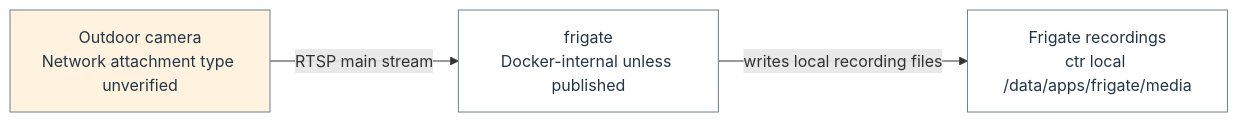
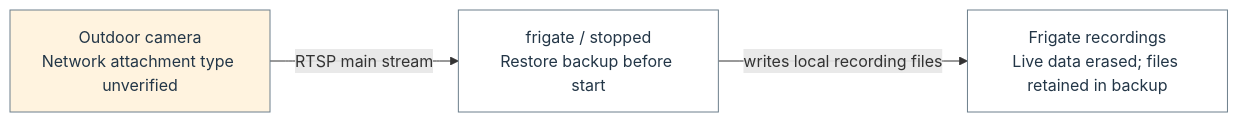
One commit to Harsh-2002/Homelab changed the tenth of 22 diagrams in docs/architecture/homelab-mermaid.md. Above: the diagram before and after it, drawn with Mermaid. The commit also changed other lines of this file and 77 other files, not shown here.

````diff
--- a/docs/architecture/homelab-mermaid.md
+++ b/docs/architecture/homelab-mermaid.md
@@ -418,12 +424,12 @@
 ```mermaid
 flowchart LR
   n_flow_11_0["Outdoor camera<br/>Network attachment type unverified"]
-  n_flow_11_1["frigate<br/>Docker-internal unless published"]
-  n_flow_11_2["Frigate recordings<br/>ctr local /data/apps/frigate/media"]
+  n_flow_11_1["frigate / stopped<br/>Restore backup before start"]
+  n_flow_11_2["Frigate recordings<br/>Live data erased; files retained in backup"]
   n_flow_11_0 -->|"RTSP main stream"| n_flow_11_1
   n_flow_11_1 -->|"writes local recording files"| n_flow_11_2
   classDef c_flow_11_0 fill:#fff3df,stroke:#6c7f8c,color:#233647;
   class n_flow_11_0 c_flow_11_0;
   classDef c_flow_11_1 fill:#ffffff,stroke:#6c7f8c,color:#233647;
   class n_flow_11_1,n_flow_11_2 c_flow_11_1;
 ```
````
